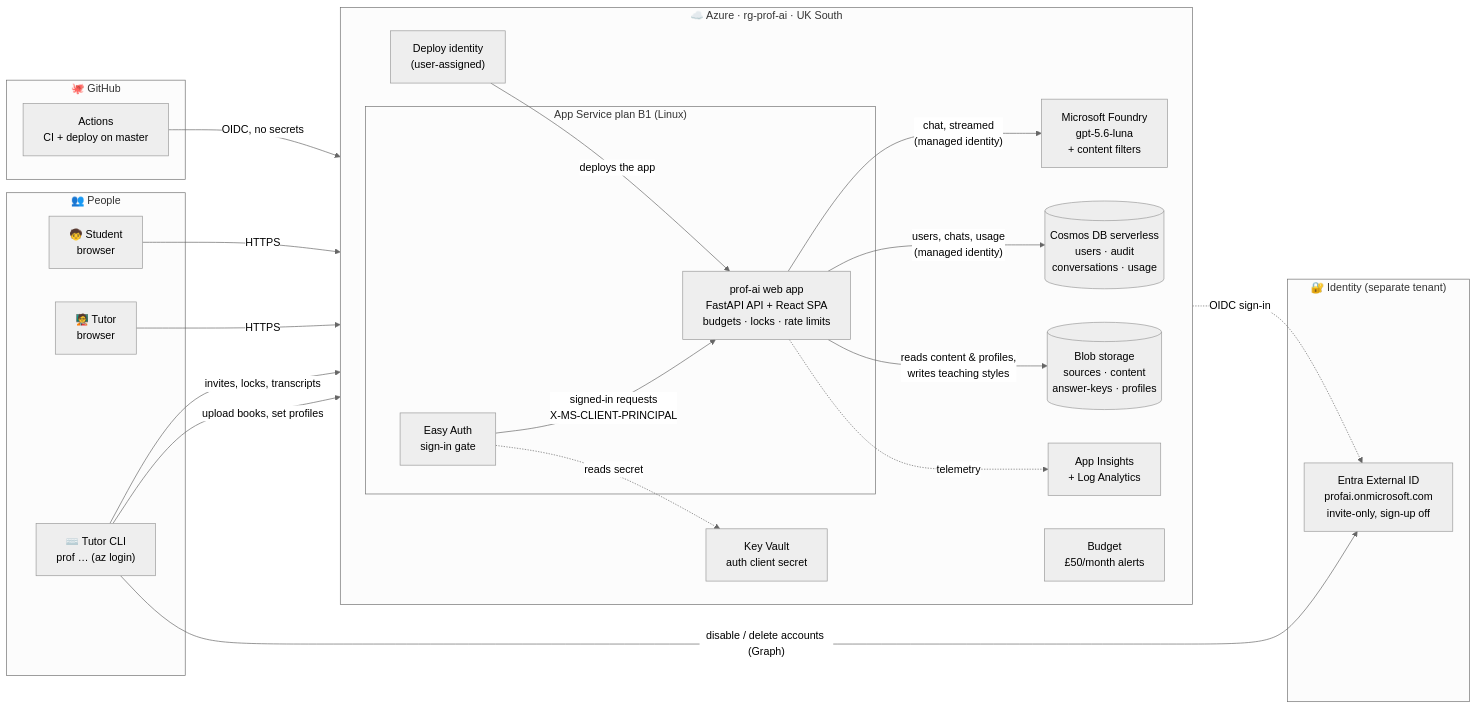
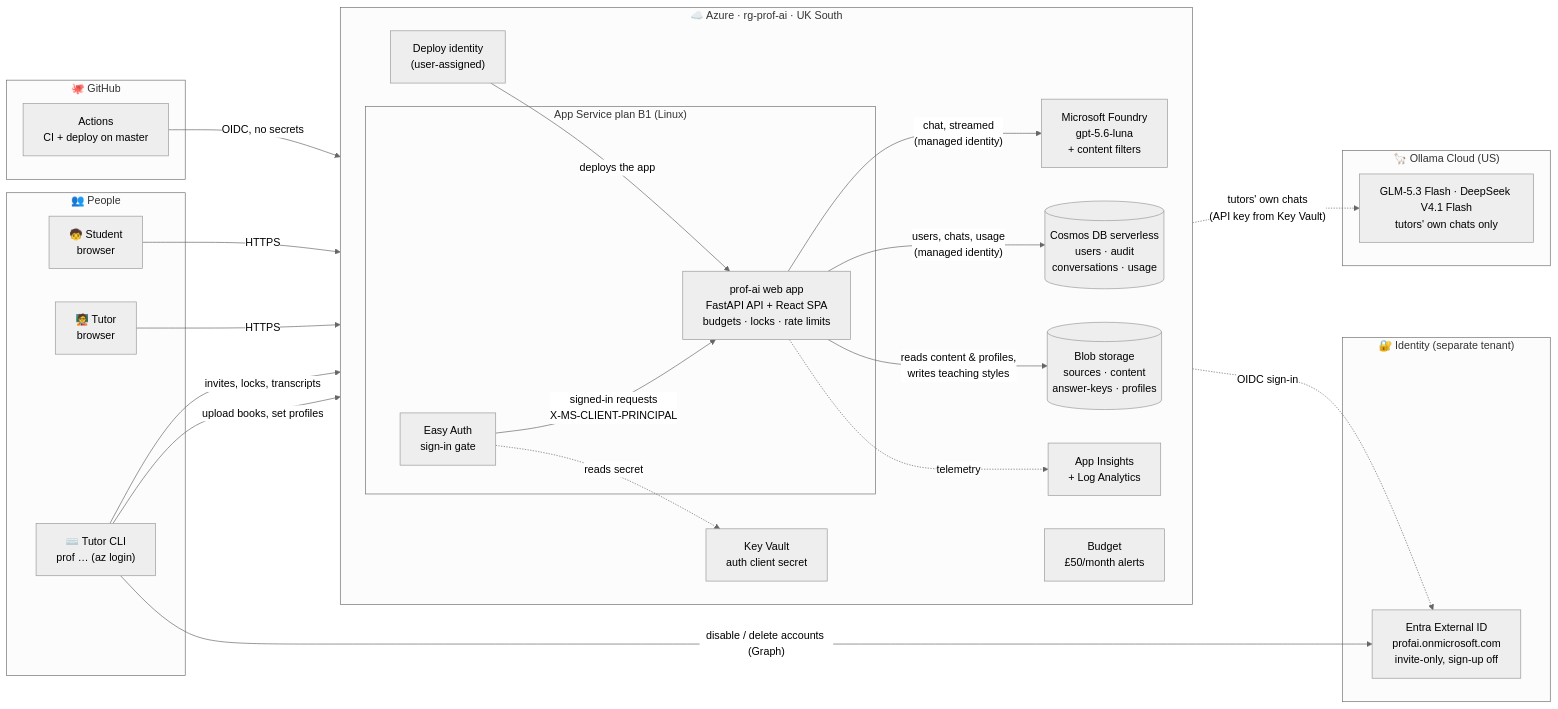
The first of 2 diagrams in README.md (Samrudh-Anavatti/prof-ai), drawn with Mermaid (neutral theme) before and after one commit. The commit also changed other lines of this file and 25 other files, not shown here.

Commit message:
Add model providers with Ollama Cloud and a model picker

````diff
--- a/README.md
+++ b/README.md
@@ -148,46 +150,51 @@
 ```mermaid
 flowchart LR
     subgraph People["👥 People"]
         S["🧒 Student<br/>browser"]
         T["🧑‍🏫 Tutor<br/>browser"]
         CLI["⌨️ Tutor CLI<br/>prof … (az login)"]
     end
 
     subgraph Identity["🔐 Identity (separate tenant)"]
         EXT["Entra External ID<br/>profai.onmicrosoft.com<br/>invite-only, sign-up off"]
+    end
+
+    subgraph OLL["🦙 Ollama Cloud (US)"]
+        OLM["GLM-5.3 Flash · DeepSeek V4.1 Flash<br/>tutors' own chats only"]
     end
 
     subgraph GH["🐙 GitHub"]
         GHA["Actions<br/>CI + deploy on master"]
     end
 
     subgraph RG["☁️ Azure · rg-prof-ai · UK South"]
         direction LR
         subgraph Web["App Service plan B1 (Linux)"]
             EA["Easy Auth<br/>sign-in gate"]
             APP["prof-ai web app<br/>FastAPI API + React SPA<br/>budgets · locks · rate limits"]
         end
         FDY["Microsoft Foundry<br/>gpt-5.6-luna<br/>+ content filters"]
         COS[("Cosmos DB serverless<br/>users · audit<br/>conversations · usage")]
         BLOB[("Blob storage<br/>sources · content<br/>answer-keys · profiles")]
         KV["Key Vault<br/>auth client secret"]
         MON["App Insights<br/>+ Log Analytics"]
         DEP["Deploy identity<br/>(user-assigned)"]
         BUD["Budget<br/>£50/month alerts"]
     end
 
     S -- HTTPS --> EA
     T -- HTTPS --> EA
     EA -. "OIDC sign-in" .-> EXT
     EA -- "signed-in requests<br/>X-MS-CLIENT-PRINCIPAL" --> APP
     APP -- "chat, streamed<br/>(managed identity)" --> FDY
+    APP -. "tutors' own chats<br/>(API key from Key Vault)" .-> OLM
     APP -- "users, chats, usage<br/>(managed identity)" --> COS
     APP -- "reads content & profiles,<br/>writes teaching styles" --> BLOB
     EA -. reads secret .-> KV
     APP -. telemetry .-> MON
     CLI -- "upload books, set profiles" --> BLOB
     CLI -- "invites, locks, transcripts" --> COS
     CLI -- "disable / delete accounts (Graph)" --> EXT
     GHA -- "OIDC, no secrets" --> DEP
     DEP -- "deploys the app" --> APP
 ```
````
